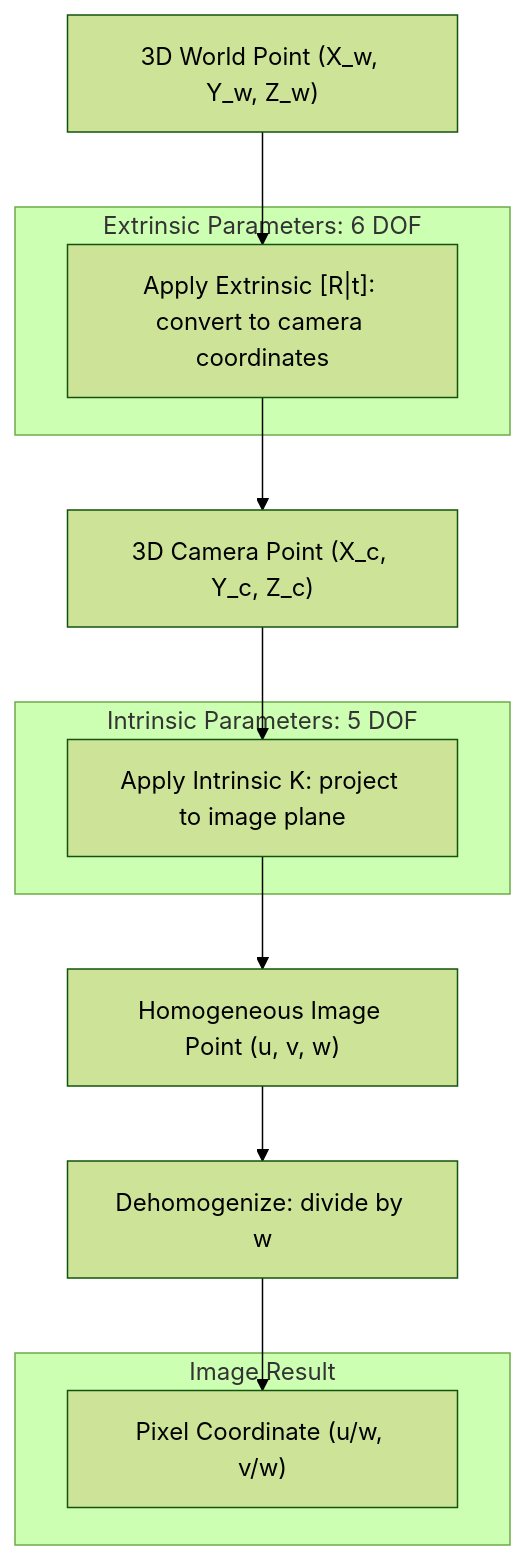
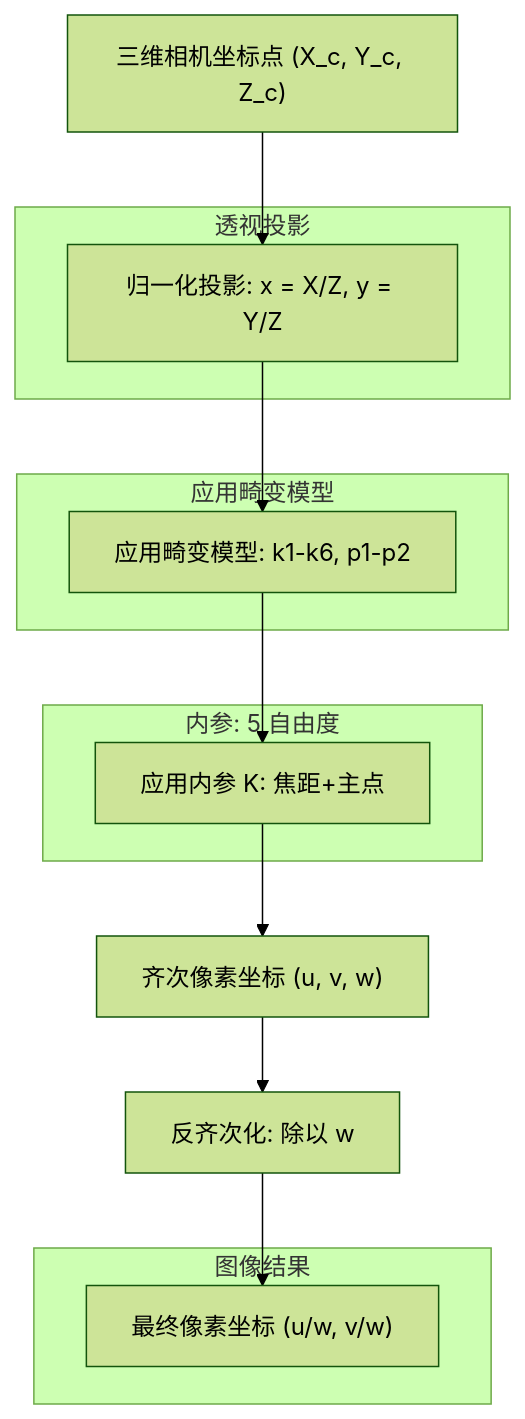
The second of 2 diagrams in src/00_basics/01_camera_model.md (dull-bird/book_3d_cv), drawn with Mermaid (forest theme) before and after one commit. The commit also changed other lines of this file and 196 other files, not shown here.

````diff
--- a/src/00_basics/01_camera_model.md
+++ b/src/00_basics/01_camera_model.md
@@ -371,21 +515,25 @@
 ```mermaid
 flowchart TD
-    A["3D World Point (X_w, Y_w, Z_w)"] --> B["Apply Extrinsic [R|t]: convert to camera coordinates"]
-    B --> C["3D Camera Point (X_c, Y_c, Z_c)"]
-    C --> D["Apply Intrinsic K: project to image plane"]
-    D --> E["Homogeneous Image Point (u, v, w)"]
-    E --> F["Dehomogenize: divide by w"]
-    F --> G["Pixel Coordinate (u/w, v/w)"]
+    A["三维相机坐标点 (X_c, Y_c, Z_c)"] --> B["归一化投影: x = X/Z, y = Y/Z"]
+    B --> C["应用畸变模型: k1-k6, p1-p2"]
+    C --> D["应用内参 K: 焦距+主点"]
+    D --> E["齐次像素坐标 (u, v, w)"]
+    E --> F["反齐次化: 除以 w"]
+    F --> G["最终像素坐标 (u/w, v/w)"]
     
-    subgraph Extrinsic_Params["Extrinsic Parameters: 6 DOF"]
+    subgraph Projection["透视投影"]
         B
     end
     
-    subgraph Intrinsic_Params["Intrinsic Parameters: 5 DOF"]
+    subgraph Distortion["应用畸变模型"]
+        C
+    end
+    
+    subgraph Intrinsic_Params["内参: 5 自由度"]
         D
     end
     
-    subgraph Result["Image Result"]
+    subgraph Result["图像结果"]
         G
     end
 ```
````
